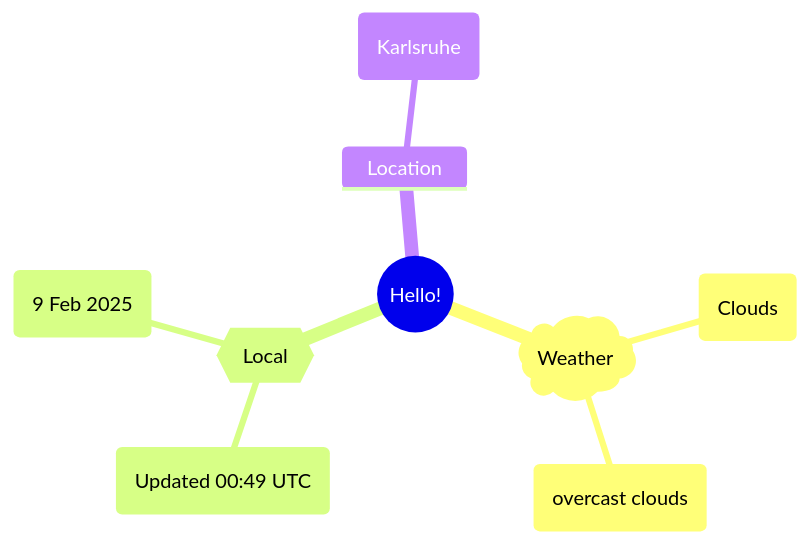
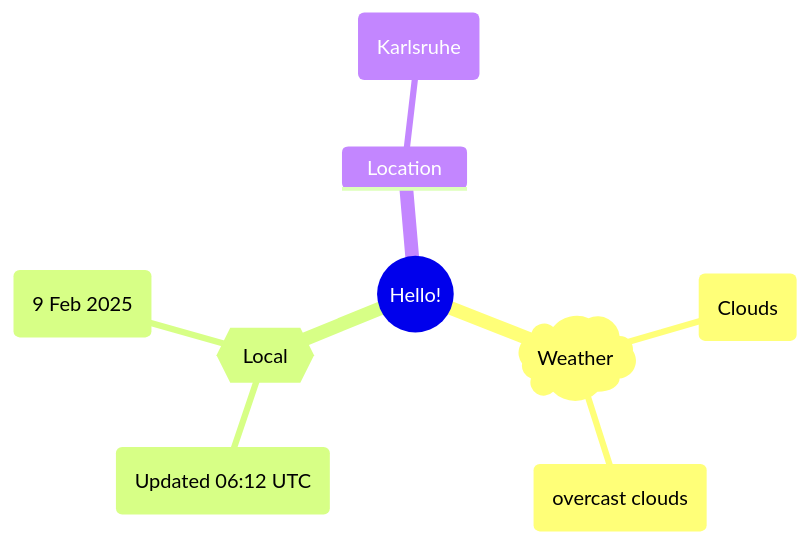
Before and after one commit to Xosrov/Xosrov: the first of 2 diagrams in README.md, drawn with Mermaid.

Commit message:
[bot] updated images

````diff
--- a/README.md
+++ b/README.md
@@ -3,12 +3,12 @@
 ```mermaid
 mindmap
   root((Hello!))
     )Weather(
         (Clouds)
         (overcast clouds)
     {{Local}}
-        (Updated 00:49 UTC)
+        (Updated 06:12 UTC)
         (9 Feb 2025)
     Location
         (Karlsruhe)
 ```
````
